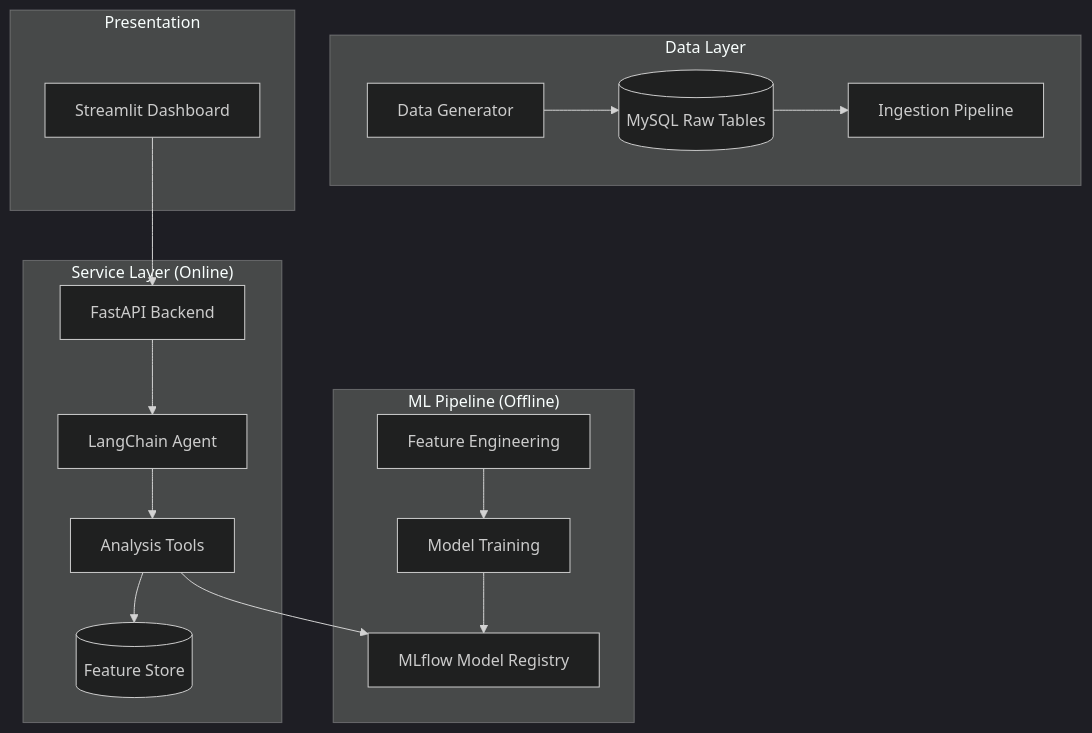
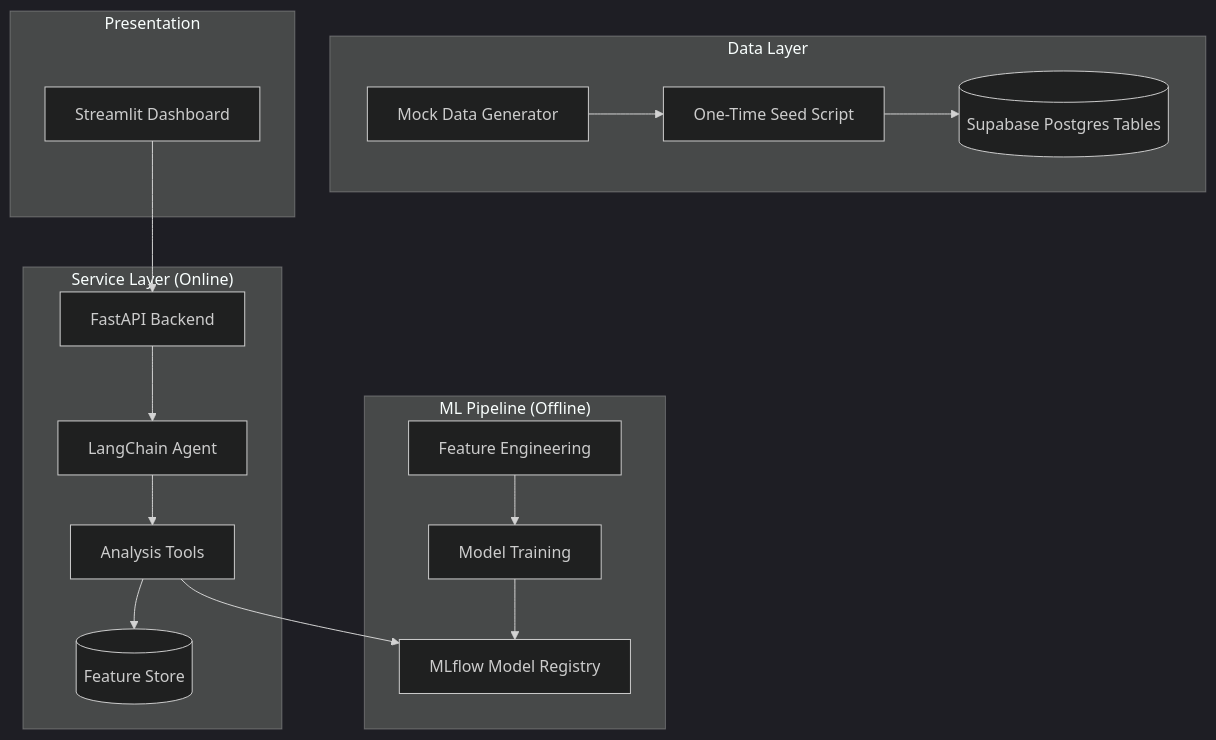
The diagram in README.md (chikien07012006/FinChat-Analytics), drawn with Mermaid (dark theme) before and after one commit. The commit also changed other lines of this file and 13 other files, not shown here.

Commit message:
Move mock data storage to Supabase

````diff
--- a/README.md
+++ b/README.md
@@ -24,23 +24,23 @@
 ```mermaid
 graph TD
     subgraph "Data Layer"
-        GD[Data Generator] --> RAW[(MySQL Raw Tables)]
-        RAW --> IP[Ingestion Pipeline]
+        GD[Mock Data Generator] --> SEED[One-Time Seed Script]
+        SEED --> RAW[(Supabase Postgres Tables)]
     end
 
     subgraph "ML Pipeline (Offline)"
         FE[Feature Engineering] --> TRAIN[Model Training]
         TRAIN --> REG[MLflow Model Registry]
     end
 
     subgraph "Service Layer (Online)"
         API[FastAPI Backend] --> AGENT[LangChain Agent]
         AGENT --> TOOLS[Analysis Tools]
         TOOLS --> REG
         TOOLS --> SQL[(Feature Store)]
     end
 
     subgraph "Presentation"
         UI[Streamlit Dashboard] --> API
     end
 ```
````
